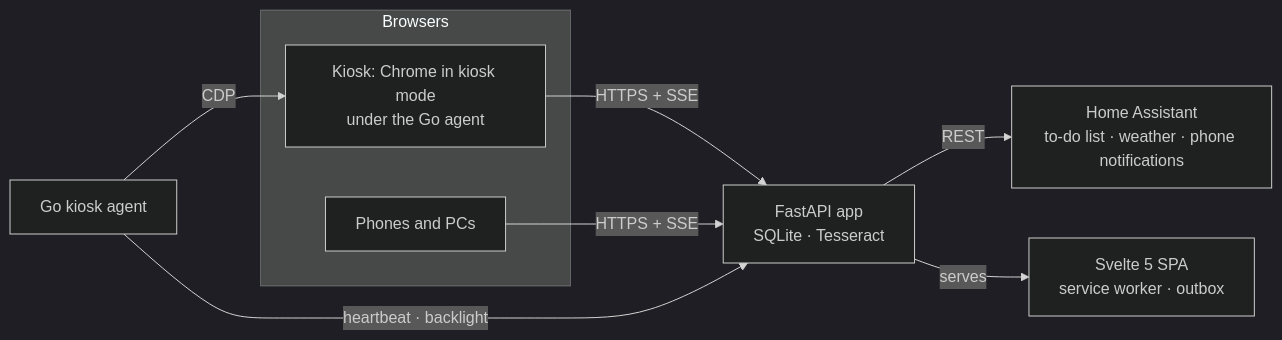
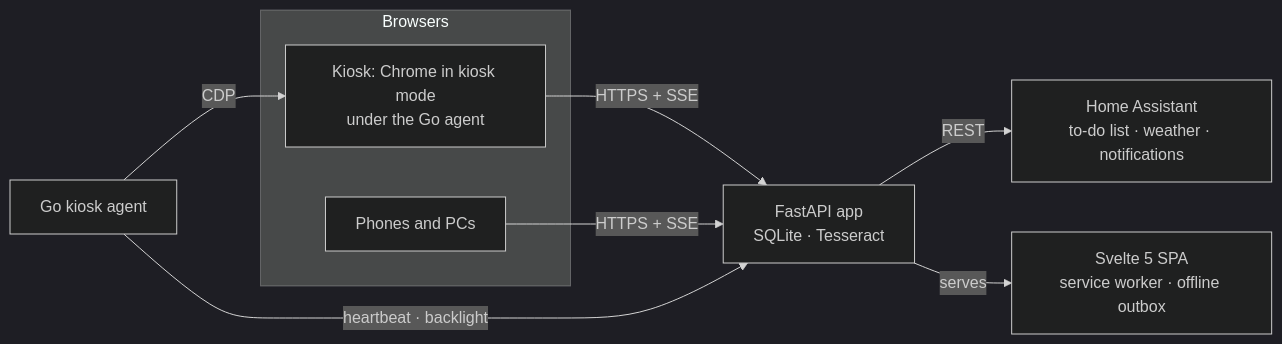
One commit to Jxn01/jxn-kitchen changed the diagram in README.md. Above: the diagram before and after it, drawn with Mermaid (dark theme). The commit also changed other lines of this file and 1 other file, not shown here.

````diff
--- a/README.md
+++ b/README.md
@@ -45,12 +44,12 @@
 ```mermaid
 flowchart LR
     subgraph Browsers
         K[Kiosk: Chrome in kiosk mode<br/>under the Go agent]
         P[Phones and PCs]
     end
     K & P -- HTTPS + SSE --> S[FastAPI app<br/>SQLite · Tesseract]
-    S -- REST --> HA[Home Assistant<br/>to-do list · weather · phone notifications]
-    S -- serves --> W[Svelte 5 SPA<br/>service worker · outbox]
+    S -- REST --> HA[Home Assistant<br/>to-do list · weather · notifications]
+    S -- serves --> W[Svelte 5 SPA<br/>service worker · offline outbox]
     A[Go kiosk agent] -- CDP --> K
     A -- heartbeat · backlight --> S
 ```
````
